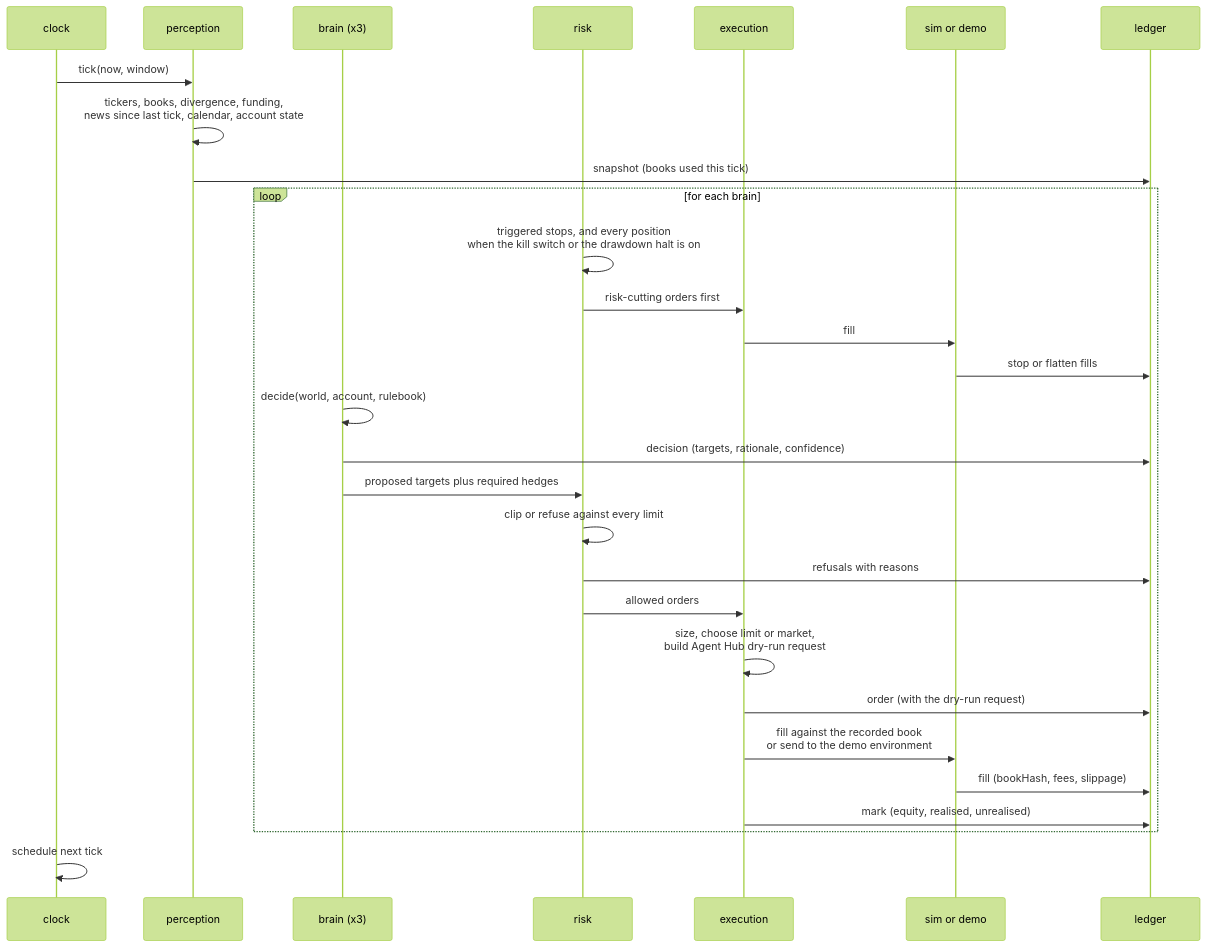
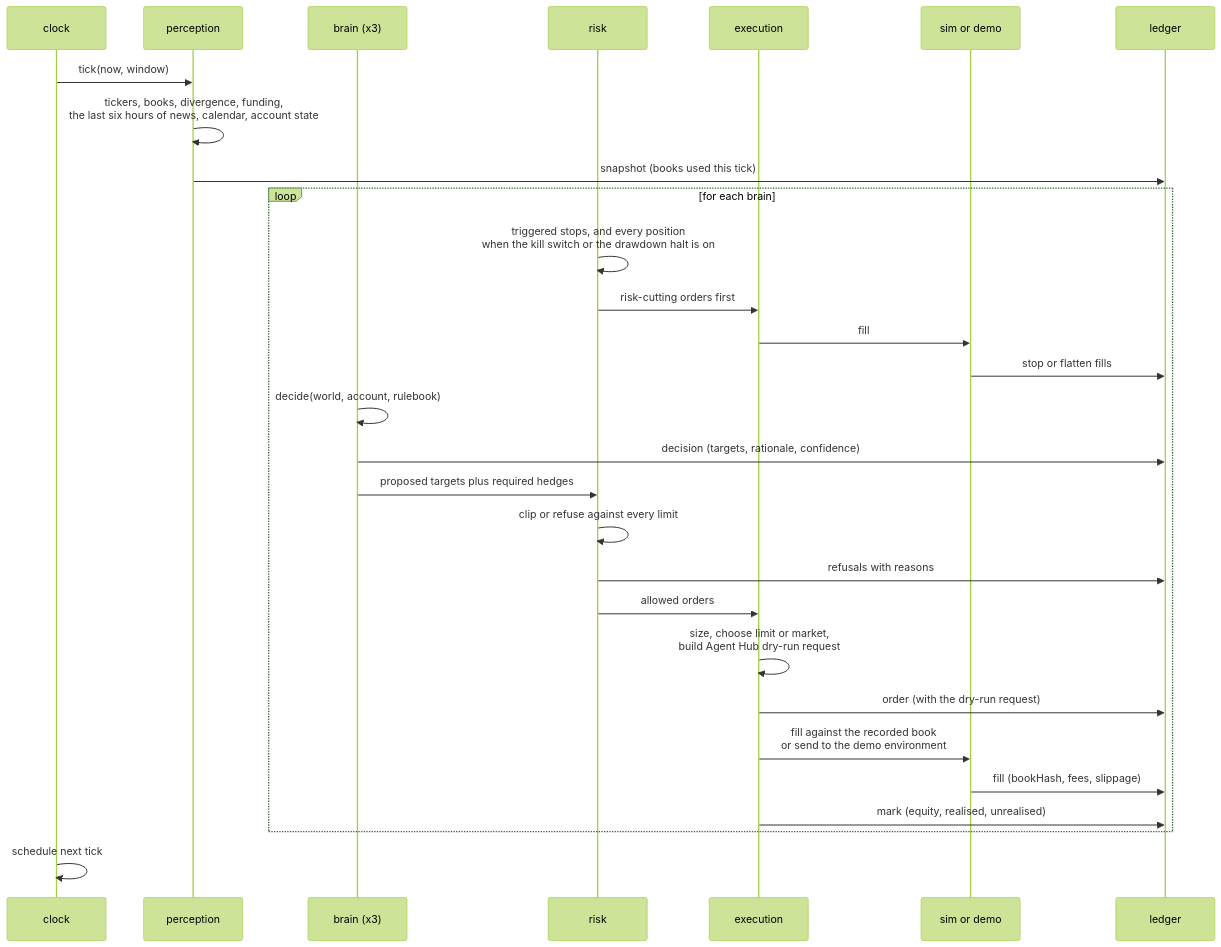
Before and after one commit to ramakrishnanhulk20/kaaval: the second of 4 diagrams in ARCHITECTURE.md, drawn with Mermaid (forest theme). The commit also changed 5 other files, not shown here.

Commit message:
Docs say what a tick reads: the last six hours of news

````diff
--- a/ARCHITECTURE.md
+++ b/ARCHITECTURE.md
@@ -52,31 +52,31 @@
 ```mermaid
 sequenceDiagram
   participant C as clock
   participant P as perception
   participant B as brain (x3)
   participant R as risk
   participant X as execution
   participant S as sim or demo
   participant L as ledger
   C->>P: tick(now, window)
-  P->>P: tickers, books, divergence, funding,<br/>news since last tick, calendar, account state
+  P->>P: tickers, books, divergence, funding,<br/>the last six hours of news, calendar, account state
   P->>L: snapshot (books used this tick)
   loop for each brain
     R->>R: triggered stops, and every position<br/>when the kill switch or the drawdown halt is on
     R->>X: risk-cutting orders first
     X->>S: fill
     S->>L: stop or flatten fills
     B->>B: decide(world, account, rulebook)
     B->>L: decision (targets, rationale, confidence)
     B->>R: proposed targets plus required hedges
     R->>R: clip or refuse against every limit
     R->>L: refusals with reasons
     R->>X: allowed orders
     X->>X: size, choose limit or market,<br/>build Agent Hub dry-run request
     X->>L: order (with the dry-run request)
     X->>S: fill against the recorded book<br/>or send to the demo environment
     S->>L: fill (bookHash, fees, slippage)
     X->>L: mark (equity, realised, unrealised)
   end
   C->>C: schedule next tick
 ```
````
